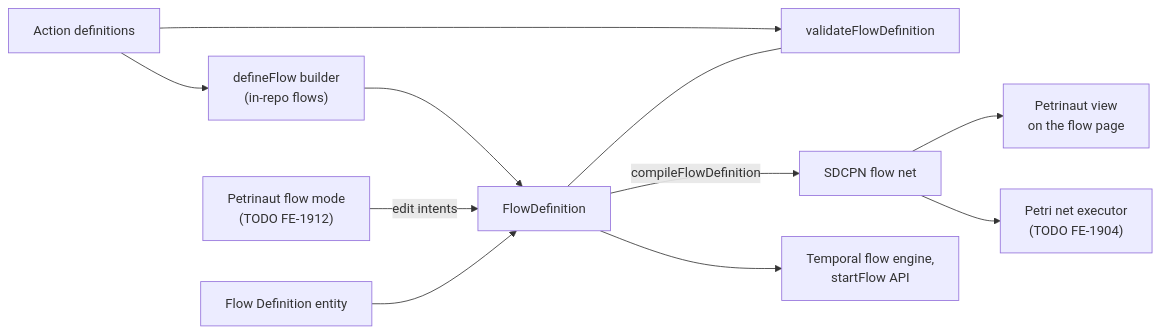
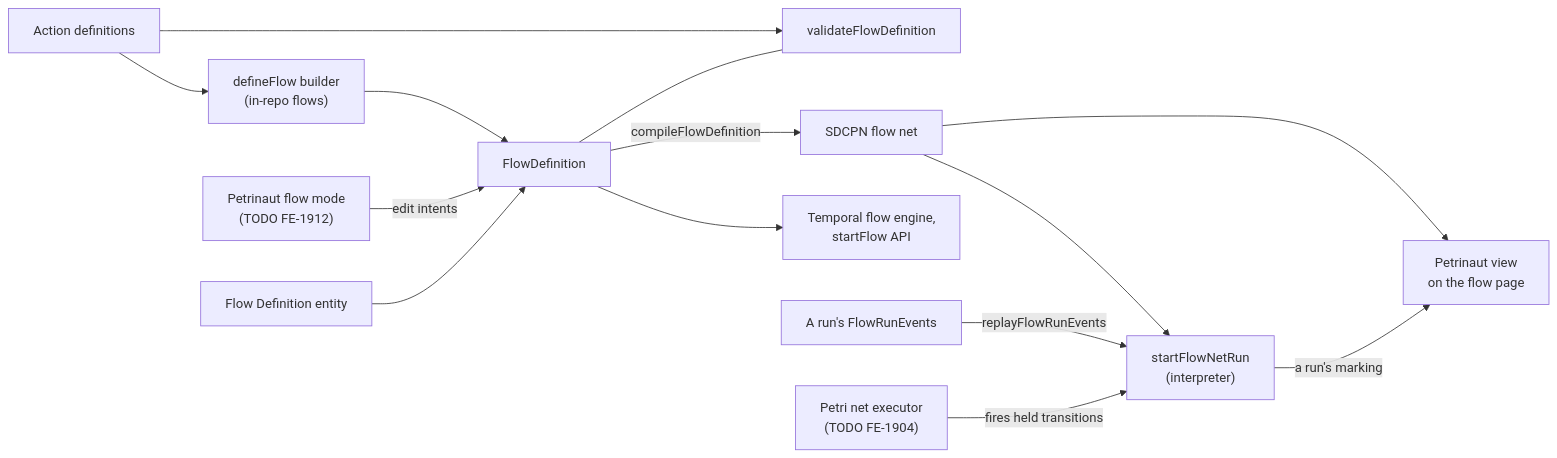
Before and after one commit to hashintel/hash: the first of 3 diagrams in libs/@local/flow-petri-net/README.md, drawn with Mermaid. The commit also changed other lines of this file and 21 other files, not shown here.

Commit message:
FE-1932: Show a flow run's state on its Petri net (#10156)

````diff
--- a/libs/@local/flow-petri-net/README.md
+++ b/libs/@local/flow-petri-net/README.md
@@ -9,24 +9,29 @@
 ```mermaid
 flowchart LR
   actions["Action definitions"]
   builder["defineFlow builder<br/>(in-repo flows)"]
   flowMode["Petrinaut flow mode<br/>(TODO FE-1912)"]
   stored["Flow Definition entity"]
   definition["FlowDefinition"]
   validate["validateFlowDefinition"]
   net["SDCPN flow net"]
   engine["Temporal flow engine,<br/>startFlow API"]
   petrinaut["Petrinaut view<br/>on the flow page"]
+  interpreter["startFlowNetRun<br/>(interpreter)"]
+  events["A run's FlowRunEvents"]
   executor["Petri net executor<br/>(TODO FE-1904)"]
 
   actions --> builder
   actions --> validate
   builder --> definition
   flowMode -->|edit intents| definition
   stored --> definition
   definition --- validate
   definition --> engine
   definition -->|compileFlowDefinition| net
   net --> petrinaut
-  net --> executor
+  net --> interpreter
+  events -->|replayFlowRunEvents| interpreter
+  interpreter -->|a run's marking| petrinaut
+  executor -->|fires held transitions| interpreter
 ```
````
